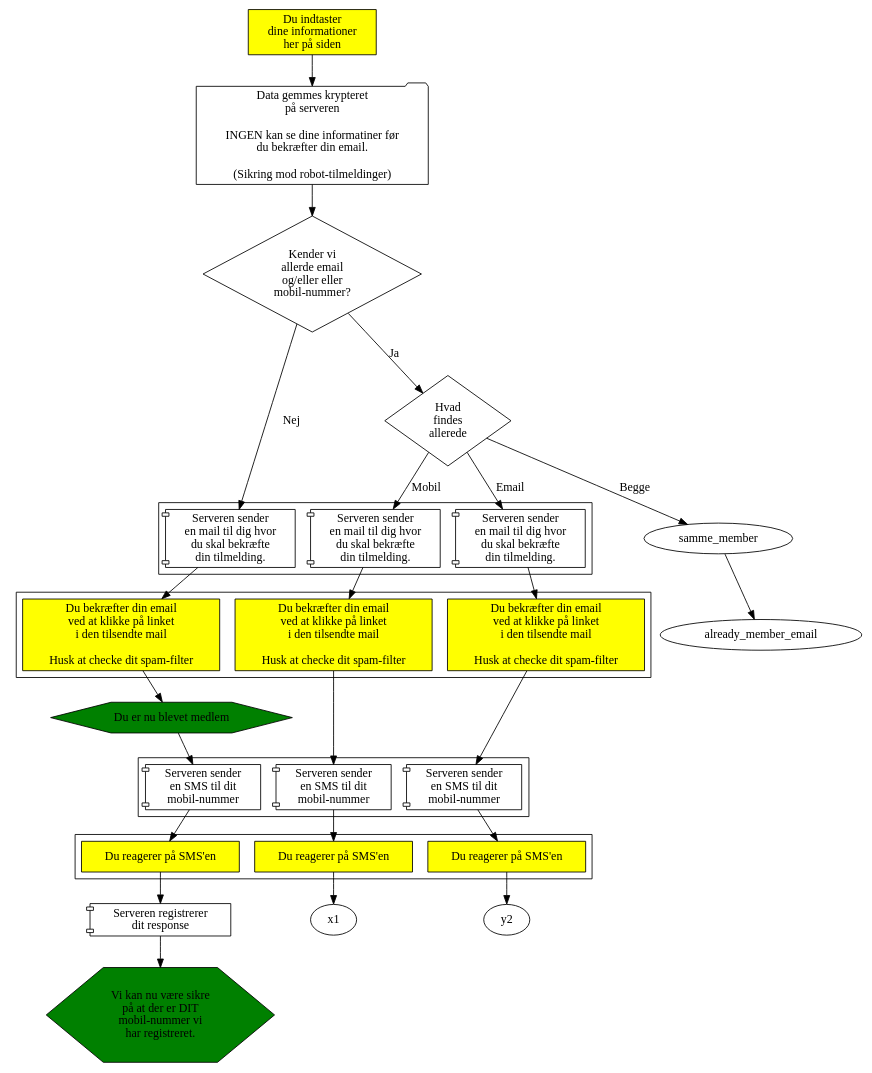
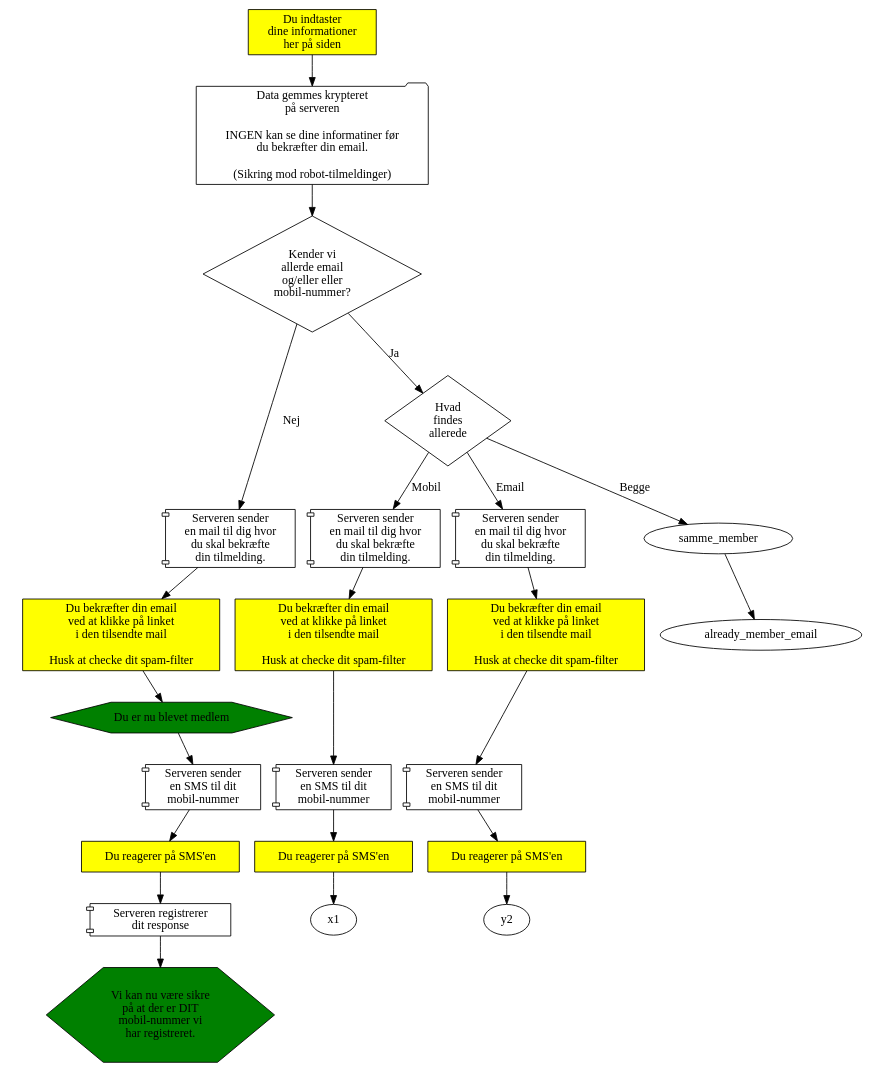
One commit to alslug/alslug.dk changed the diagram in medlemskab/indmeldelse.dot. Above: the diagram before and after it, drawn with Graphviz.

```diff
--- a/medlemskab/indmeldelse.dot
+++ b/medlemskab/indmeldelse.dot
@@ -1,59 +1,63 @@
 digraph indmeldelse {
   { # Dine handlinger
     node [ shape=box style=filled fillcolor=yellow ];
     indtast                [label="Du indtaster\ndine informationer\nher på siden"];
     subgraph cluster_server_sender_email {
+      style=invis;
       node                 [label="Du bekræfter din email\nved at klikke på linket\ni den tilsendte mail\n\nHusk at checke dit spam-filter"];
       confirm_email_nyt_medlem;
       confirm_email_add_email;
       confirm_email_add_mobil;
     }
     subgraph cluster_server_sender_sms {
+      style=invis;
       node                 [label="Du reagerer på SMS'en"];
       confirm_sms_nyt_medlem;
       confirm_sms_add_email;
       confirm_sms_add_mobil;
     }
   }
   send_tilmelding        [shape=folder label="Data gemmes krypteret\npå serveren\n\nINGEN kan se dine informatiner før\ndu bekræfter din email.\n\n(Sikring mod robot-tilmeldinger)"];
   { # Server-aktiviteter
     node [shape=component];
     subgraph cluster_server_sender_email {
+      style=invis;
       node                 [label="Serveren sender\nen mail til dig hvor\ndu skal bekræfte\ndin tilmelding."];
       server_sender_emai_nyt_medlem;
       server_sender_email_add_email;
       server_sender_email_add_mobil;
     }
     subgraph cluster_server_sender_sms {
+      style=invis;
       node                 [label="Serveren sender\nen SMS til dit\nmobil-nummer"];
       server_sender_sms_nyt_medlem;
       server_sender_sms_add_email;
       server_sender_sms_add_mobil;
     }
     sms_confirmed          [label="Serveren registrerer\ndit response"];
   }
   { # Results
     node [shape=hexagon   style=filled fillcolor=green ];
     du_biver_medlem        [label="Du er nu blevet medlem"];
     mobile_ok              [label="Vi kan nu være sikre\npå at der er DIT\nmobil-nummer vi\nhar registreret."]; 
   }
   { # Valg
     node [shape=diamond];
     findes_allerede        [label="Kender vi\nallerde email\nog/eller eller\nmobil-nummer?"];
     hvad_findes_allerede   [label="Hvad\nfindes\nallerede"];
   }
 
   indtast -> send_tilmelding -> findes_allerede;
                                 findes_allerede ->                              server_sender_emai_nyt_medlem [label="Nej"];
                                                                                 server_sender_emai_nyt_medlem -> confirm_email_nyt_medlem -> du_biver_medlem ->
                                                                                 server_sender_sms_nyt_medlem  -> confirm_sms_nyt_medlem   -> sms_confirmed -> mobile_ok;
                                 findes_allerede -> hvad_findes_allerede                                       [label="Ja"];
                                                    hvad_findes_allerede-> samme_member                        [label="Begge"];
                                                                           samme_member -> already_member_email;
                                                    hvad_findes_allerede -> server_sender_email_add_email      [label="Mobil"];
                                                                                 server_sender_email_add_email -> confirm_email_add_email  ->
                                                                                 server_sender_sms_add_email   -> confirm_sms_add_email    -> x1;
                                                    hvad_findes_allerede ->      server_sender_email_add_mobil [label="Email"];
                                                                                 server_sender_email_add_mobil -> confirm_email_add_mobil  ->
                                                                                 server_sender_sms_add_mobil   -> confirm_sms_add_mobil    -> y2;
 }
```
